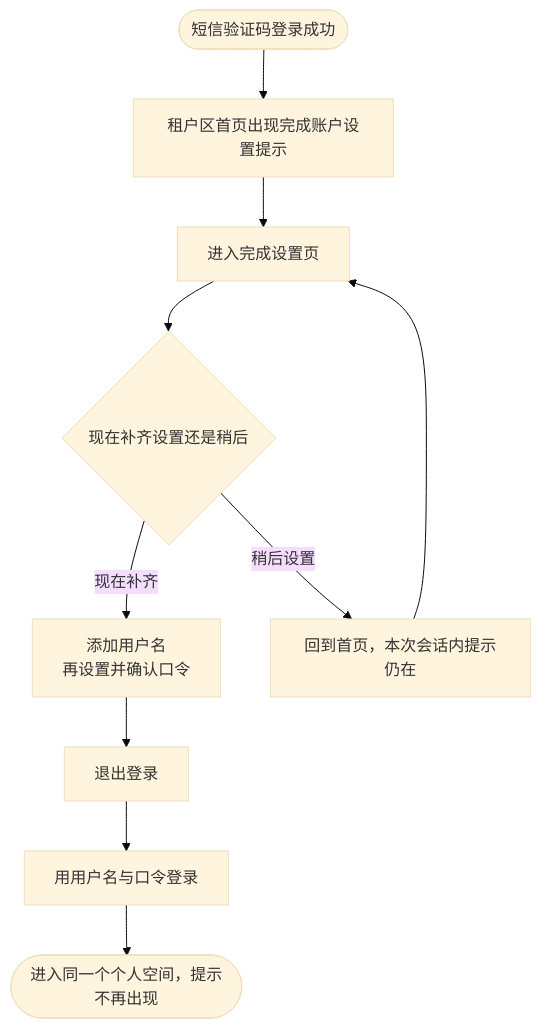
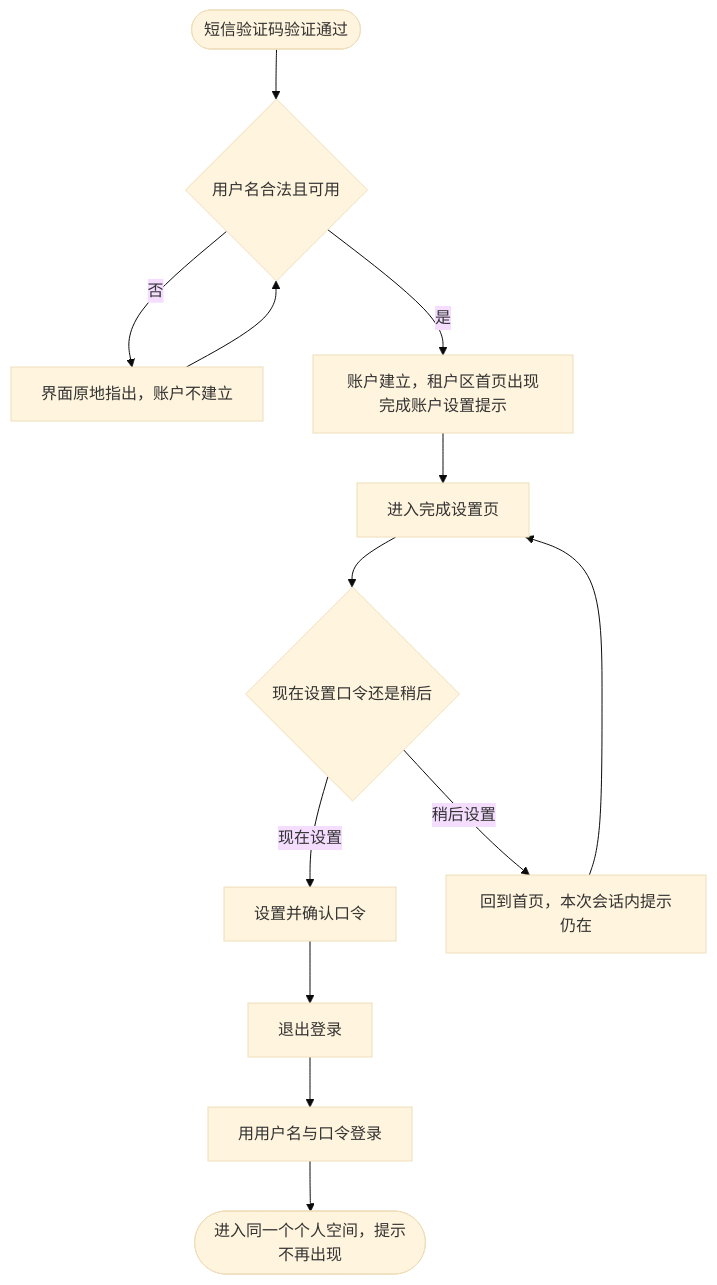
One commit to wangzw/speed changed the diagram in docs/prd/journeys/journey-sms-signup-to-password-login.md. Above: the diagram before and after it, drawn with Mermaid (base theme). The commit also changed other lines of this file and 22 other files, not shown here.

````diff
--- a/docs/prd/journeys/journey-sms-signup-to-password-login.md
+++ b/docs/prd/journeys/journey-sms-signup-to-password-login.md
@@ -48,12 +50,15 @@
 ```mermaid
 flowchart TD
-    A([短信验证码登录成功]) --> B[租户区首页出现完成账户设置提示]
+    A([短信验证码验证通过]) --> U{用户名合法且可用}
+    U -->|否| R[界面原地指出，账户不建立]
+    R --> U
+    U -->|是| B[账户建立，租户区首页出现完成账户设置提示]
     B --> C[进入完成设置页]
-    C --> D{现在补齐设置还是稍后}
-    D -->|现在补齐| E[添加用户名<br/>再设置并确认口令]
+    C --> D{现在设置口令还是稍后}
+    D -->|现在设置| E[设置并确认口令]
     E --> F[退出登录]
     F --> G[用用户名与口令登录]
     G --> H([进入同一个个人空间，提示不再出现])
     D -->|稍后设置| I[回到首页，本次会话内提示仍在]
     I --> C
 ```
````
